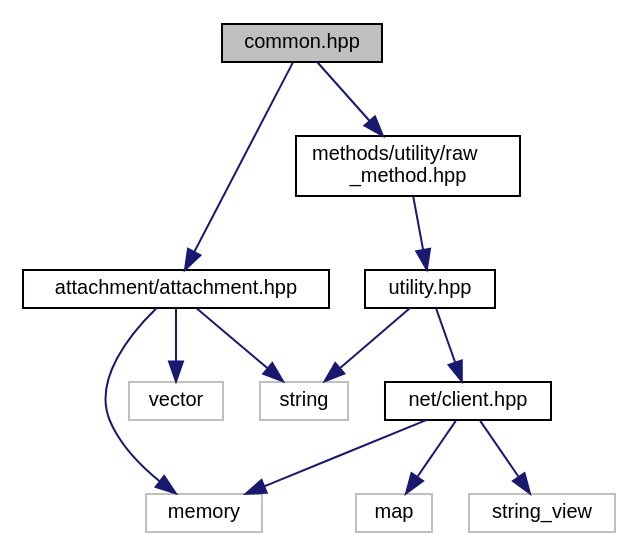
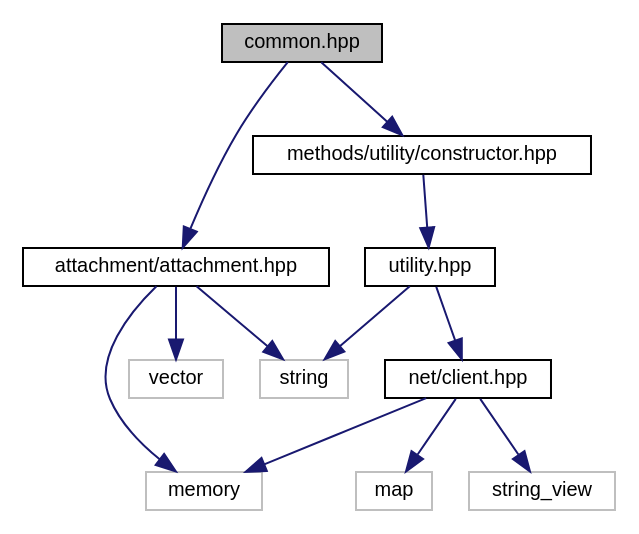
The diagram in docs/document_2common_8hpp__incl.dot (edgjj/cpp_vk_lib), drawn with Graphviz before and after one commit. The commit also changed 347 other files, not shown here.

Commit message:
improved method constructor

```diff
--- a/docs/document_2common_8hpp__incl.dot
+++ b/docs/document_2common_8hpp__incl.dot
@@ -1,27 +1,27 @@
 digraph "common.hpp"
 {
  // LATEX_PDF_SIZE
   edge [fontname="Helvetica",fontsize="10",labelfontname="Helvetica",labelfontsize="10"];
   node [fontname="Helvetica",fontsize="10",shape=record];
   Node1 [label="common.hpp",height=0.2,width=0.4,color="black", fillcolor="grey75", style="filled", fontcolor="black",tooltip=" "];
   Node1 -> Node2 [color="midnightblue",fontsize="10",style="solid",fontname="Helvetica"];
   Node2 [label="attachment/attachment.hpp",height=0.2,width=0.4,color="black", fillcolor="white", style="filled",URL="$attachment_8hpp.html",tooltip=" "];
   Node2 -> Node3 [color="midnightblue",fontsize="10",style="solid",fontname="Helvetica"];
   Node3 [label="memory",height=0.2,width=0.4,color="grey75", fillcolor="white", style="filled",tooltip=" "];
   Node2 -> Node4 [color="midnightblue",fontsize="10",style="solid",fontname="Helvetica"];
   Node4 [label="string",height=0.2,width=0.4,color="grey75", fillcolor="white", style="filled",tooltip=" "];
   Node2 -> Node5 [color="midnightblue",fontsize="10",style="solid",fontname="Helvetica"];
   Node5 [label="vector",height=0.2,width=0.4,color="grey75", fillcolor="white", style="filled",tooltip=" "];
   Node1 -> Node6 [color="midnightblue",fontsize="10",style="solid",fontname="Helvetica"];
-  Node6 [label="methods/utility/raw\l_method.hpp",height=0.2,width=0.4,color="black", fillcolor="white", style="filled",URL="$raw__method_8hpp.html",tooltip=" "];
+  Node6 [label="methods/utility/constructor.hpp",height=0.2,width=0.4,color="black", fillcolor="white", style="filled",URL="$constructor_8hpp.html",tooltip=" "];
   Node6 -> Node7 [color="midnightblue",fontsize="10",style="solid",fontname="Helvetica"];
   Node7 [label="utility.hpp",height=0.2,width=0.4,color="black", fillcolor="white", style="filled",URL="$utility_8hpp.html",tooltip=" "];
   Node7 -> Node8 [color="midnightblue",fontsize="10",style="solid",fontname="Helvetica"];
   Node8 [label="net/client.hpp",height=0.2,width=0.4,color="black", fillcolor="white", style="filled",URL="$net_2client_8hpp.html",tooltip=" "];
   Node8 -> Node9 [color="midnightblue",fontsize="10",style="solid",fontname="Helvetica"];
   Node9 [label="map",height=0.2,width=0.4,color="grey75", fillcolor="white", style="filled",tooltip=" "];
   Node8 -> Node3 [color="midnightblue",fontsize="10",style="solid",fontname="Helvetica"];
   Node8 -> Node10 [color="midnightblue",fontsize="10",style="solid",fontname="Helvetica"];
   Node10 [label="string_view",height=0.2,width=0.4,color="grey75", fillcolor="white", style="filled",tooltip=" "];
   Node7 -> Node4 [color="midnightblue",fontsize="10",style="solid",fontname="Helvetica"];
 }
```
